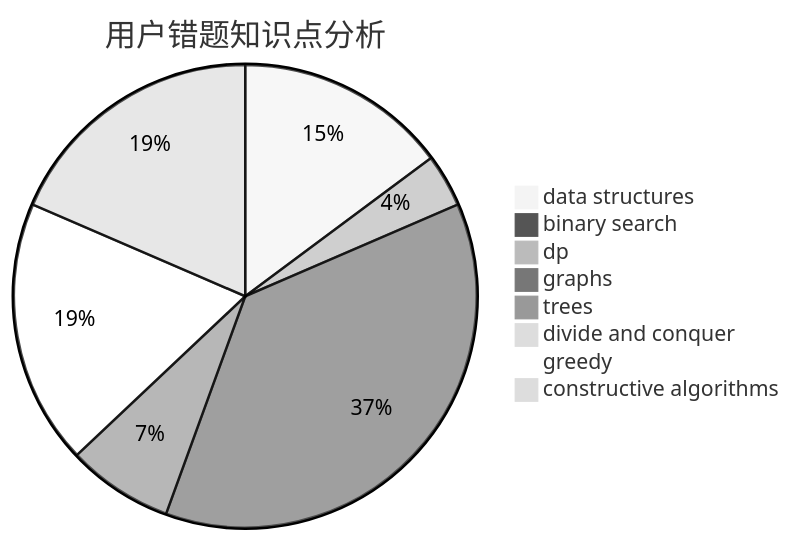
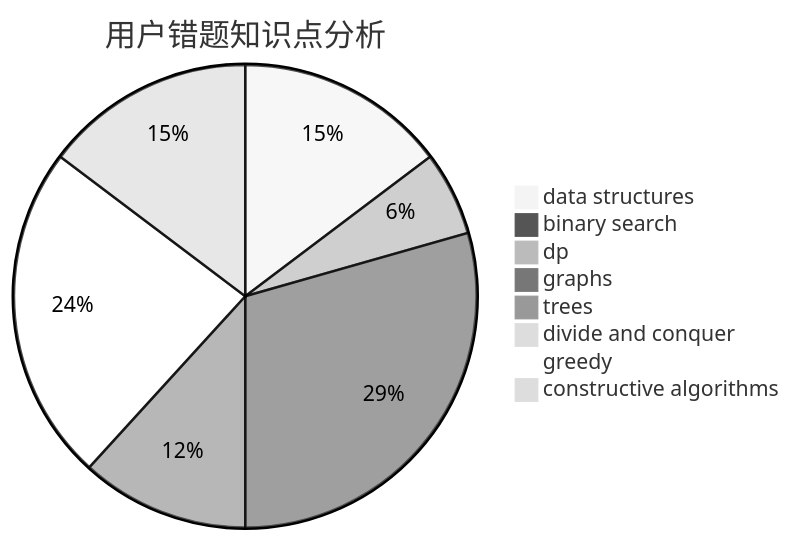
The third of 3 diagrams in docs/user/u1642.md (sherpahu/cfrs.github.io), drawn with Mermaid (neutral theme) before and after one commit. The commit also changed other lines of this file and 2770 other files, not shown here.

````diff
--- a/docs/user/u1642.md
+++ b/docs/user/u1642.md
@@ -36,11 +36,11 @@
 ```mermaid
 pie title 用户错题知识点分析
-    "data structures" :  4
+    "data structures" :  5
     "binary search" :  0
-    "dp" :  1
+    "dp" :  2
     "graphs" :  10
-    "trees" :  2
+    "trees" :  4
     "divide and conquer" :  0
-    "greedy" :  5
+    "greedy" :  8
     "constructive algorithms" :  5
 ```
````
